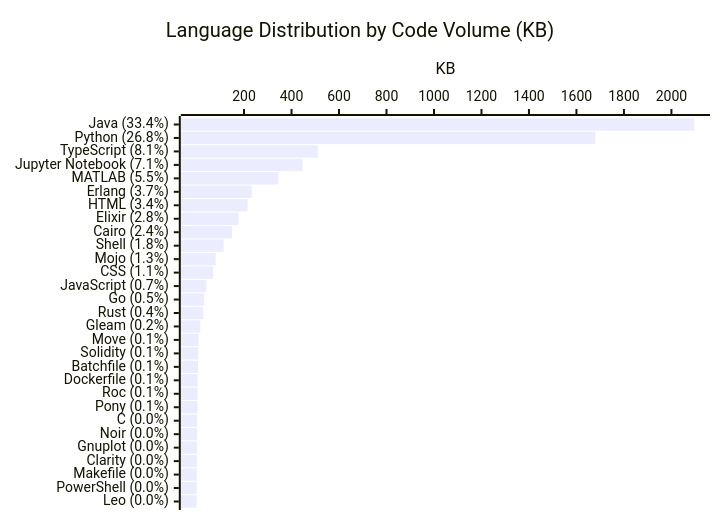
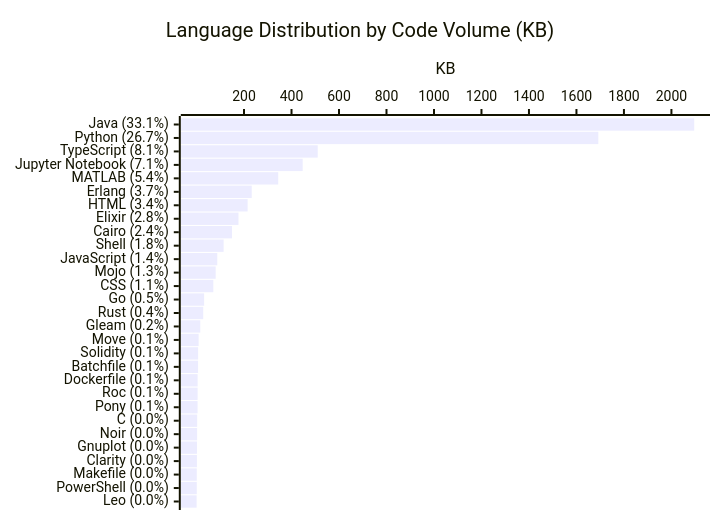
The diagram in profile/README.md (KathiraveluLab/.github), drawn with Mermaid before and after one commit. The commit also changed other lines of this file and 1 other file, not shown here.

````diff
--- a/profile/README.md
+++ b/profile/README.md
@@ -66,7 +66,7 @@
 ```mermaid
 xychart-beta horizontal
     title "Language Distribution by Code Volume (KB)"
-    x-axis ["Java (33.4%)", "Python (26.8%)", "TypeScript (8.1%)", "Jupyter Notebook (7.1%)", "MATLAB (5.5%)", "Erlang (3.7%)", "HTML (3.4%)", "Elixir (2.8%)", "Cairo (2.4%)", "Shell (1.8%)", "Mojo (1.3%)", "CSS (1.1%)", "JavaScript (0.7%)", "Go (0.5%)", "Rust (0.4%)", "Gleam (0.2%)", "Move (0.1%)", "Solidity (0.1%)", "Batchfile (0.1%)", "Dockerfile (0.1%)", "Roc (0.1%)", "Pony (0.1%)", "C (0.0%)", "Noir (0.0%)", "Gnuplot (0.0%)", "Clarity (0.0%)", "Makefile (0.0%)", "PowerShell (0.0%)", "Leo (0.0%)"]
+    x-axis ["Java (33.1%)", "Python (26.7%)", "TypeScript (8.1%)", "Jupyter Notebook (7.1%)", "MATLAB (5.4%)", "Erlang (3.7%)", "HTML (3.4%)", "Elixir (2.8%)", "Cairo (2.4%)", "Shell (1.8%)", "JavaScript (1.4%)", "Mojo (1.3%)", "CSS (1.1%)", "Go (0.5%)", "Rust (0.4%)", "Gleam (0.2%)", "Move (0.1%)", "Solidity (0.1%)", "Batchfile (0.1%)", "Dockerfile (0.1%)", "Roc (0.1%)", "Pony (0.1%)", "C (0.0%)", "Noir (0.0%)", "Gnuplot (0.0%)", "Clarity (0.0%)", "Makefile (0.0%)", "PowerShell (0.0%)", "Leo (0.0%)"]
     y-axis "KB"
-    bar [2095.91, 1679.52, 510.29, 446.91, 343.93, 232.36, 215.16, 176.6, 149.42, 114.03, 80.48, 69.42, 41.23, 32.03, 28.25, 15.66, 8.83, 6.65, 6.48, 4.63, 4.5, 4.41, 2.58, 2.46, 1.82, 1.53, 1.02, 1.02, 0.26]
+    bar [2095.91, 1692.04, 510.29, 446.91, 343.93, 232.36, 215.19, 176.6, 149.42, 114.03, 87.29, 80.48, 70.58, 32.03, 28.25, 15.66, 8.83, 6.65, 6.48, 4.63, 4.5, 4.41, 2.58, 2.46, 1.82, 1.53, 1.02, 1.02, 0.26]
 ```
````
